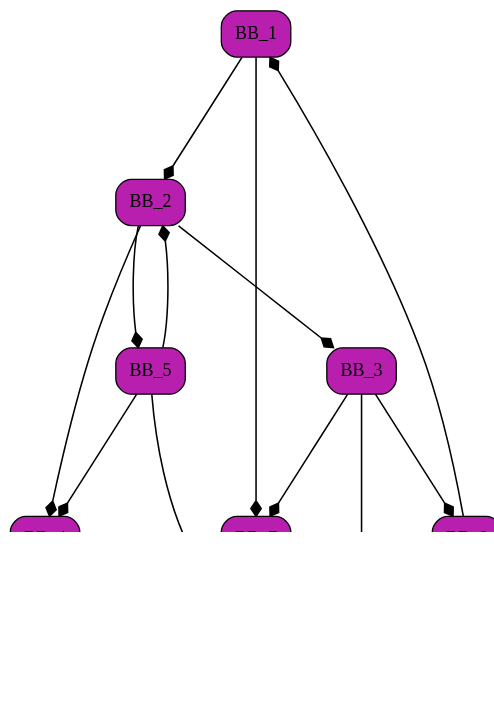
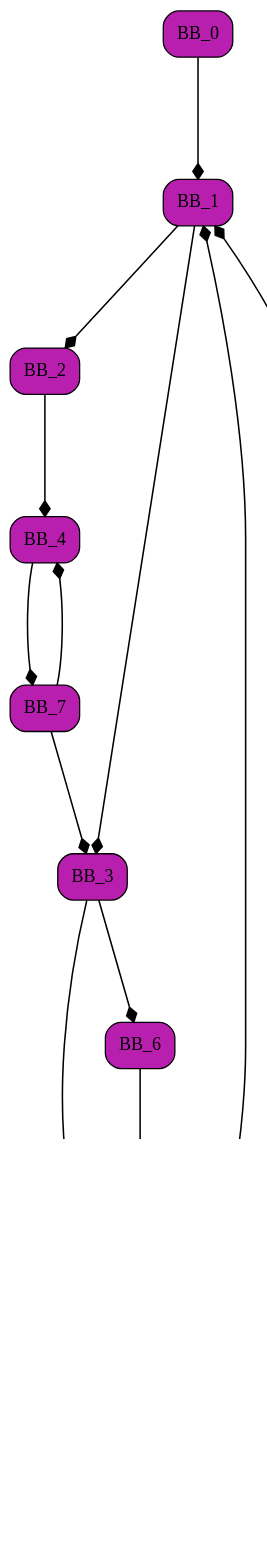
One commit to VictorBerbenets/dominance-frontiers changed the diagram in data/images/loops-graph.dot. Above: the diagram before and after it, drawn with Graphviz. The commit also changed 15 other files, not shown here.

```diff
--- a/data/images/loops-graph.dot
+++ b/data/images/loops-graph.dot
@@ -1,34 +1,32 @@
 digraph List {
 	dpi = 100;
 	fontname = "Comic Sans MS";
 	fontsize = 20;
 	rankdir  = TB;
 graph [fillcolor = lightgreen, ranksep = 1.3, nodesep = 0.5,style = "rounded", color = green, penwidth = 2];
 edge [color = black, arrowhead = diamond, arrowsize = 1, penwidth = 1.2];
+BB_0[shape = Mrecord, style = filled,fillcolor = "#B91FAF"];
+BB_0 -> BB_1;
 BB_1[shape = Mrecord, style = filled,fillcolor = "#B91FAF"];
 BB_1 -> BB_2;
-BB_1 -> BB_7;
+BB_1 -> BB_3;
 BB_2[shape = Mrecord, style = filled,fillcolor = "#B91FAF"];
-BB_2 -> BB_3;
 BB_2 -> BB_4;
-BB_2 -> BB_5;
 BB_3[shape = Mrecord, style = filled,fillcolor = "#B91FAF"];
+BB_3 -> BB_5;
 BB_3 -> BB_6;
-BB_3 -> BB_7;
-BB_3 -> BB_8;
 BB_4[shape = Mrecord, style = filled,fillcolor = "#B91FAF"];
-BB_4 -> BB_9;
-BB_4 -> BB_10;
+BB_4 -> BB_7;
 BB_5[shape = Mrecord, style = filled,fillcolor = "#B91FAF"];
-BB_5 -> BB_2;
-BB_5 -> BB_4;
-BB_5 -> BB_6;
+BB_5 -> BB_8;
+BB_5 -> BB_1;
 BB_6[shape = Mrecord, style = filled,fillcolor = "#B91FAF"];
+BB_6 -> BB_9;
 BB_7[shape = Mrecord, style = filled,fillcolor = "#B91FAF"];
-BB_7 -> BB_10;
+BB_7 -> BB_4;
+BB_7 -> BB_3;
 BB_8[shape = Mrecord, style = filled,fillcolor = "#B91FAF"];
-BB_8 -> BB_6;
 BB_8 -> BB_1;
 BB_9[shape = Mrecord, style = filled,fillcolor = "#B91FAF"];
-BB_10[shape = Mrecord, style = filled,fillcolor = "#B91FAF"];
+BB_9 -> BB_5;
 }
```
